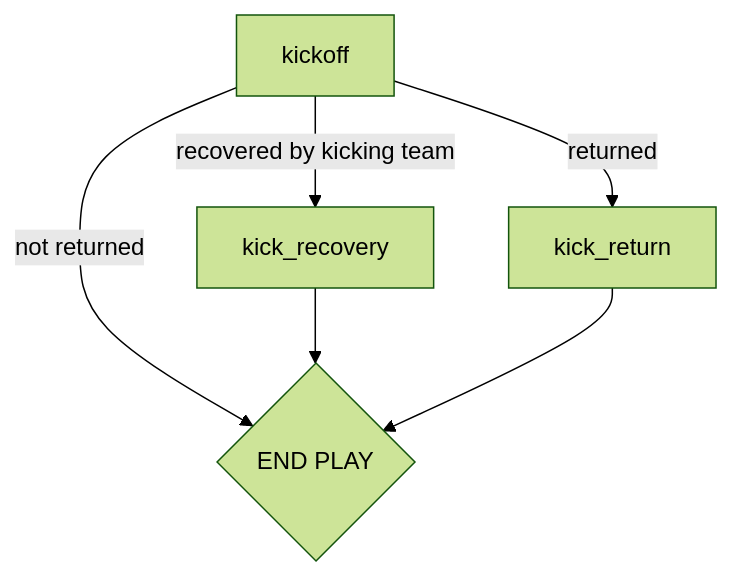
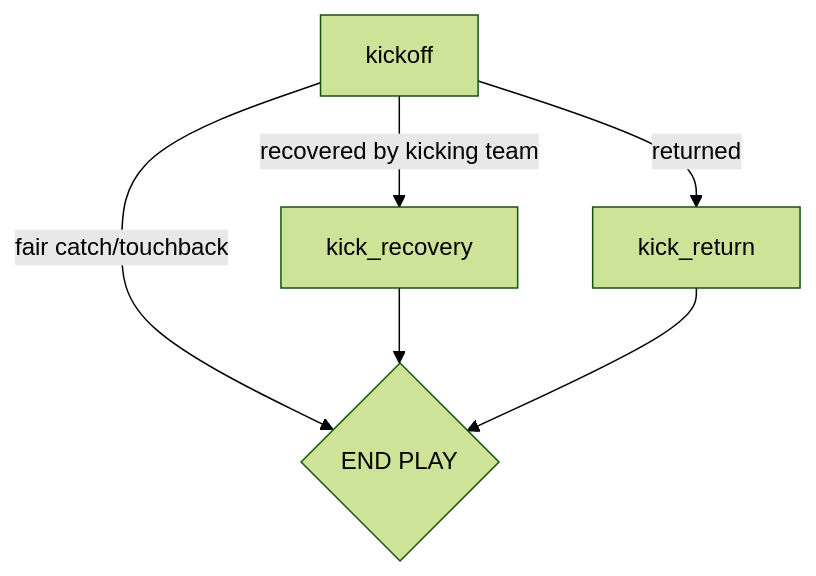
Before and after one commit to adam42739/nfl-sim: the fifth of 9 diagrams in docs/simulation.md, drawn with Mermaid (forest theme). The commit also changed other lines of this file, not shown here.

Commit message:
docs: simulation flowchart organization

````diff
--- a/docs/simulation.md
+++ b/docs/simulation.md
@@ -55,9 +66,14 @@
 ```mermaid
 flowchart TD
 A[kickoff]
-A --> |returned| B[kick_return]
-A --> |not returned| C{END PLAY}
-A --> |recovered by kicking team| D[kick_recovery]
-D --> C
-B --> C
+B[kick_recovery]
+C[kick_return]
+D{END PLAY}
+
+A --> |recovered by kicking team| B
+A --> |returned| C
+A --> |fair catch/touchback| D
+
+B --> D
+C --> D
 ```
````
